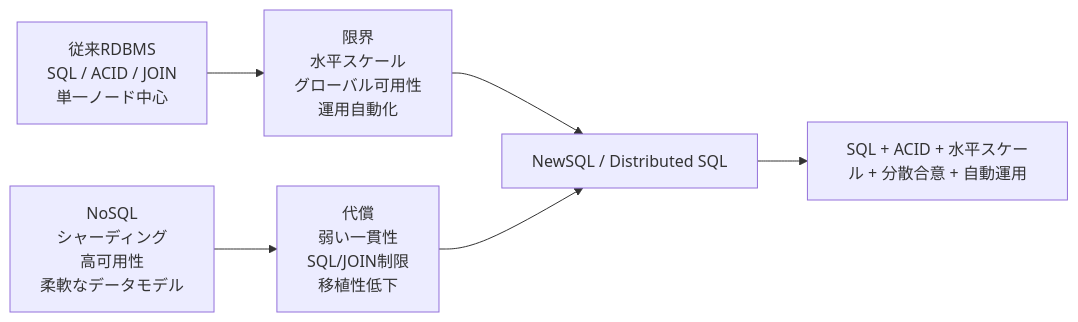
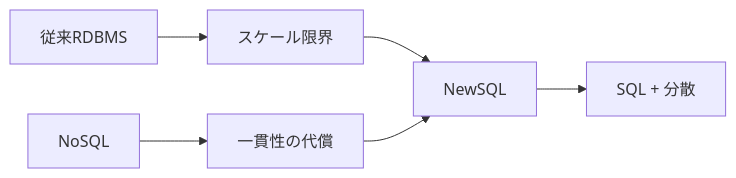
The first of 3 diagrams in src/content/blog/newsql-yugabyte-brief.mdx (daylight55/research), drawn with Mermaid before and after one commit. The commit also changed other lines of this file and 20 other files, not shown here.

Commit message:
Mermaid図の表示サイズを調整

````diff
--- a/src/content/blog/newsql-yugabyte-brief.mdx
+++ b/src/content/blog/newsql-yugabyte-brief.mdx
@@ -47,8 +47,8 @@
 ```mermaid
 flowchart LR
-  A["従来RDBMS<br/>SQL / ACID / JOIN<br/>単一ノード中心"] --> B["限界<br/>水平スケール<br/>グローバル可用性<br/>運用自動化"]
-  C["NoSQL<br/>シャーディング<br/>高可用性<br/>柔軟なデータモデル"] --> D["代償<br/>弱い一貫性<br/>SQL/JOIN制限<br/>移植性低下"]
-  B --> E["NewSQL / Distributed SQL"]
-  D --> E
-  E --> F["SQL + ACID + 水平スケール + 分散合意 + 自動運用"]
+  RDB["従来RDBMS"] --> Gap["スケール限界"]
+  NoSQL["NoSQL"] --> Trade["一貫性の代償"]
+  Gap --> NewSQL["NewSQL"]
+  Trade --> NewSQL
+  NewSQL --> Goal["SQL + 分散"]
 ```
````
